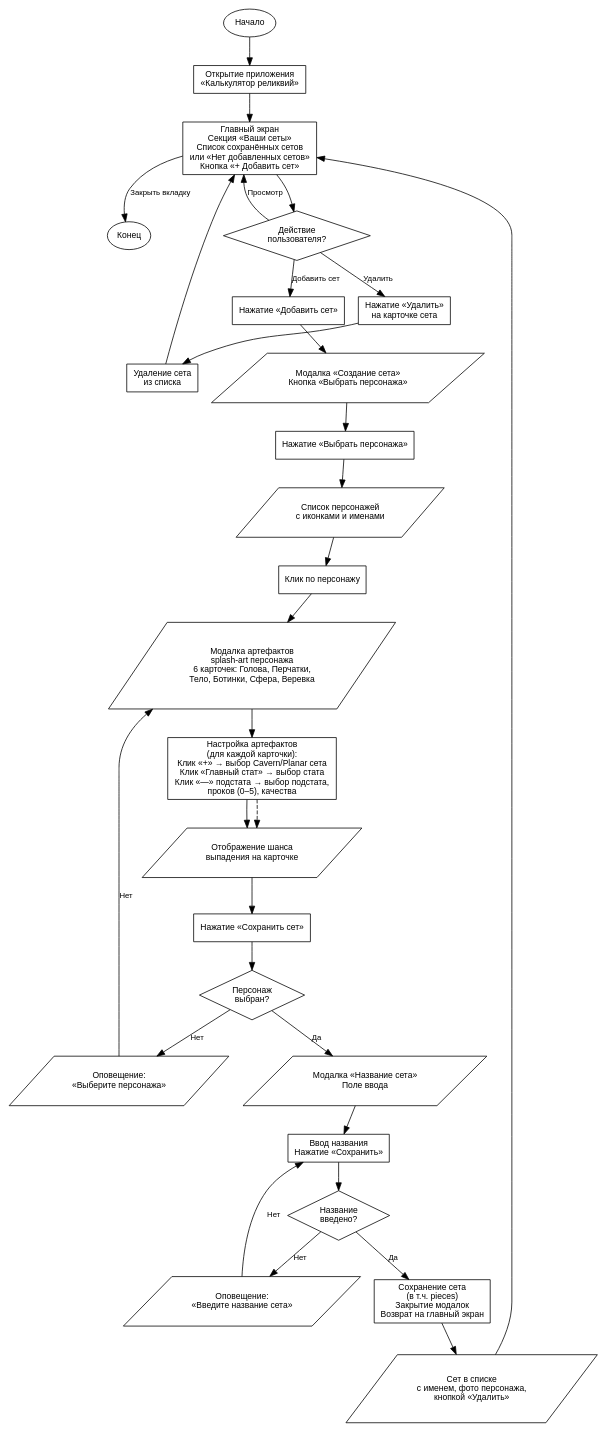
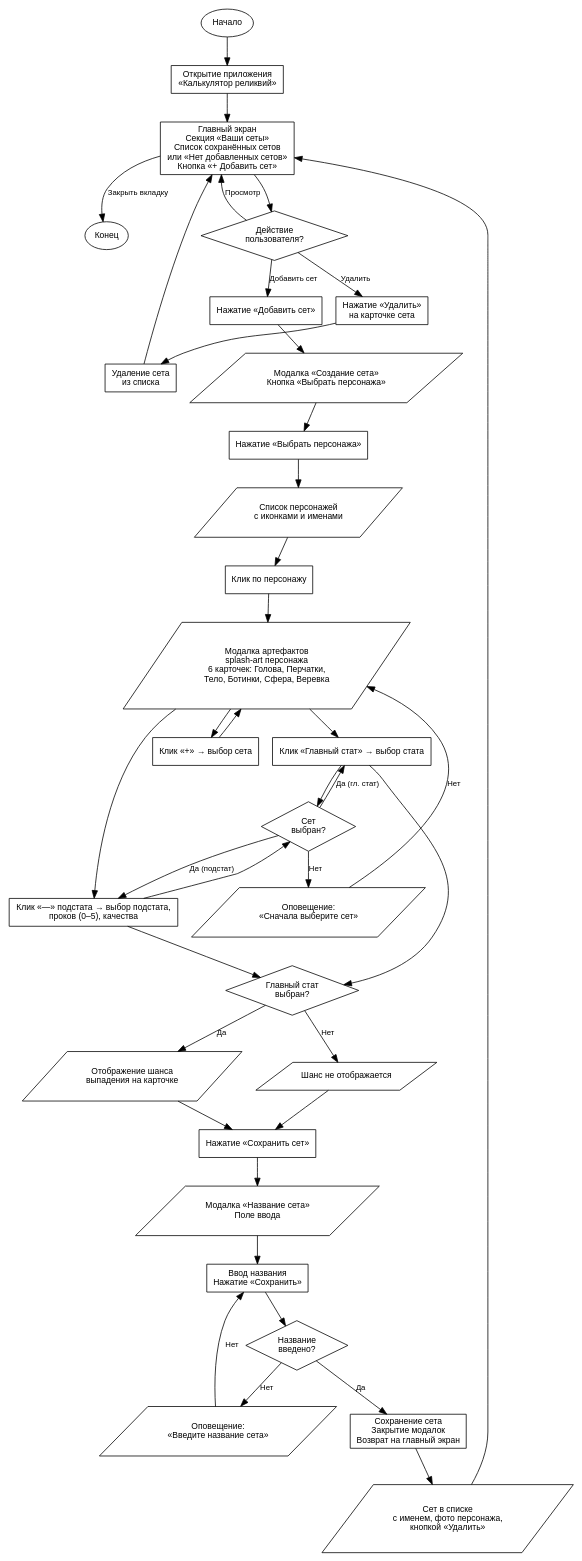
The diagram in docs/user_flow.dot (twensevts/constructor_hsr), drawn with Graphviz before and after one commit. The commit also changed 6 other files, not shown here.

```diff
--- a/docs/user_flow.dot
+++ b/docs/user_flow.dot
@@ -1,50 +1,64 @@
 digraph UserFlow {
     rankdir=TB;
     node [fontname="Arial", fontsize=11];
     edge [fontname="Arial", fontsize=10];
 
     start [label="Начало", shape=ellipse];
     end [label="Конец", shape=ellipse];
 
     v1 [label="Открытие приложения\n«Калькулятор реликвий»", shape=box];
     v2 [label="Главный экран\nСекция «Ваши сеты»\nСписок сохранённых сетов\nили «Нет добавленных сетов»\nКнопка «+ Добавить сет»", shape=box];
     v3 [label="Нажатие «Добавить сет»", shape=box];
     v4 [label="Модалка «Создание сета»\nКнопка «Выбрать персонажа»", shape=parallelogram];
     v5 [label="Нажатие «Выбрать персонажа»", shape=box];
     v6 [label="Список персонажей\nс иконками и именами", shape=parallelogram];
     v7 [label="Клик по персонажу", shape=box];
     v8 [label="Модалка артефактов\nsplash-art персонажа\n6 карточек: Голова, Перчатки,\nТело, Ботинки, Сфера, Веревка", shape=parallelogram];
-    v9 [label="Настройка артефактов\n(для каждой карточки):\nКлик «+» → выбор Cavern/Planar сета\nКлик «Главный стат» → выбор стата\nКлик «—» подстата → выбор подстата,\nпроков (0–5), качества", shape=box];
+    v9a [label="Клик «+» → выбор сета", shape=box];
+    d4 [label="Сет\nвыбран?", shape=diamond];
+    v_alert [label="Оповещение:\n«Сначала выберите сет»", shape=parallelogram];
+    v9b [label="Клик «Главный стат» → выбор стата", shape=box];
+    v9c [label="Клик «—» подстата → выбор подстата,\nпроков (0–5), качества", shape=box];
+    d5 [label="Главный стат\nвыбран?", shape=diamond];
     v10 [label="Отображение шанса\nвыпадения на карточке", shape=parallelogram];
+    v10a [label="Шанс не отображается", shape=parallelogram];
     v11 [label="Нажатие «Сохранить сет»", shape=box];
-    d1 [label="Персонаж\nвыбран?", shape=diamond];
-    v12 [label="Оповещение:\n«Выберите персонажа»", shape=parallelogram];
     v13 [label="Модалка «Название сета»\nПоле ввода", shape=parallelogram];
     v14 [label="Ввод названия\nНажатие «Сохранить»", shape=box];
     d2 [label="Название\nвведено?", shape=diamond];
     v15 [label="Оповещение:\n«Введите название сета»", shape=parallelogram];
-    v16 [label="Сохранение сета\n(в т.ч. pieces)\nЗакрытие модалок\nВозврат на главный экран", shape=box];
+    v16 [label="Сохранение сета\nЗакрытие модалок\nВозврат на главный экран", shape=box];
     v17 [label="Сет в списке\nс именем, фото персонажа,\nкнопкой «Удалить»", shape=parallelogram];
     v18 [label="Нажатие «Удалить»\nна карточке сета", shape=box];
     v19 [label="Удаление сета\nиз списка", shape=box];
     d3 [label="Действие\nпользователя?", shape=diamond];
 
     start -> v1 -> v2;
     v2 -> d3;
     d3 -> v3 [label="Добавить сет"];
     d3 -> v18 [label="Удалить"];
     d3 -> v2 [label="Просмотр"];
     v3 -> v4 -> v5 -> v6;
     v6 -> v7 -> v8;
-    v8 -> v9 -> v10;
-    v9 -> v10 [style=dashed];
-    v10 -> v11 -> d1;
-    d1 -> v12 -> v8 [label="Нет"];
-    d1 -> v13 [label="Да"];
+    v8 -> v9a -> v8;
+    v8 -> v9b;
+    v8 -> v9c;
+    v9b -> d4;
+    v9c -> d4;
+    d4 -> v_alert -> v8 [label="Нет"];
+    d4 -> v9b [label="Да (гл. стат)"];
+    d4 -> v9c [label="Да (подстат)"];
+    v9b -> d5;
+    v9c -> d5;
+    d5 -> v10 [label="Да"];
+    d5 -> v10a [label="Нет"];
+    v10 -> v11;
+    v10a -> v11;
+    v11 -> v13;
     v13 -> v14 -> d2;
     d2 -> v15 -> v14 [label="Нет"];
     d2 -> v16 [label="Да"];
     v16 -> v17 -> v2;
     v18 -> v19 -> v2;
     v2 -> end [label="Закрыть вкладку"];
 }
```
